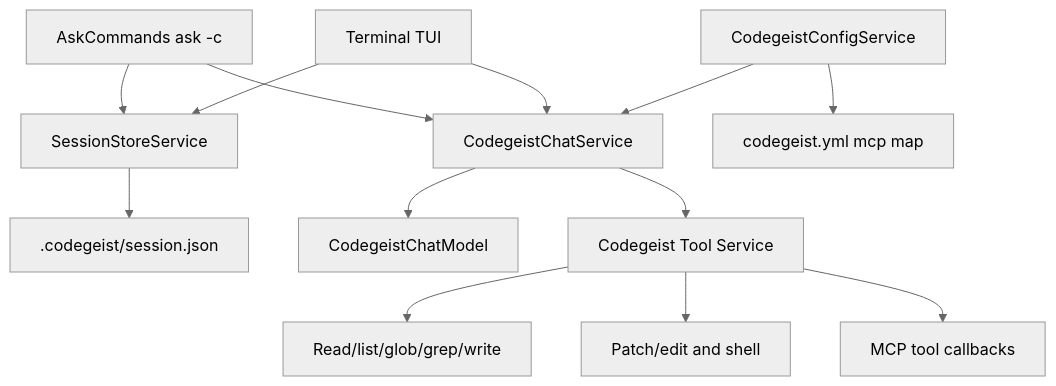
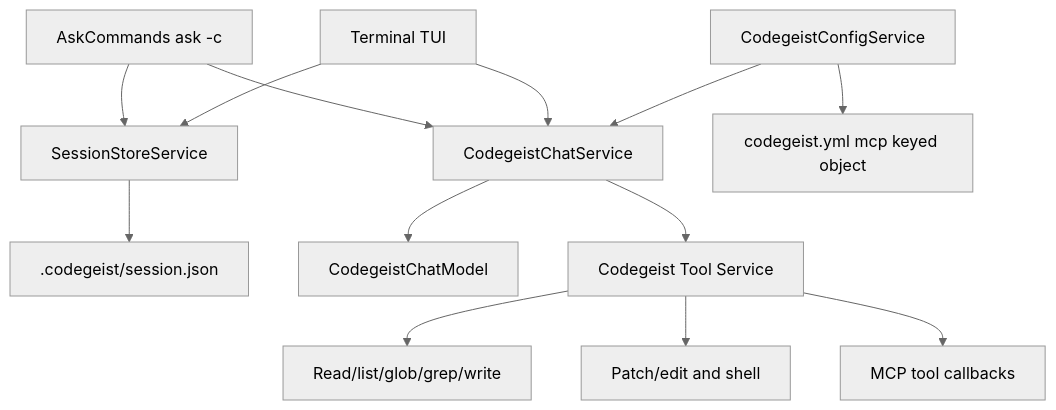
Before and after one commit to codegeist-ai/codegeist: the diagram in docs/developer/specification/runtime-harness-implementation.md, drawn with Mermaid (neutral theme). The commit also changed 46 other files, not shown here.

First line of the commit message:
feat(config): add workspace resolution and keyed roots

````diff
--- a/docs/developer/specification/runtime-harness-implementation.md
+++ b/docs/developer/specification/runtime-harness-implementation.md
@@ -62,15 +62,15 @@
 ```mermaid
 flowchart TD
     Ask[AskCommands ask -c] --> SessionStore[SessionStoreService]
     Tui[Terminal TUI] --> SessionStore
     SessionStore --> Json[.codegeist/session.json]
     Ask --> Chat[CodegeistChatService]
     Tui --> Chat
     Chat --> Model[CodegeistChatModel]
     Chat --> Tools[Codegeist Tool Service]
     Tools --> ReadWrite[Read/list/glob/grep/write]
     Tools --> Mutating[Patch/edit and shell]
     Tools --> Mcp[MCP tool callbacks]
     Config[CodegeistConfigService] --> Chat
-    Config --> McpConfig[codegeist.yml mcp map]
+    Config --> McpConfig[codegeist.yml mcp keyed object]
 ```
````
